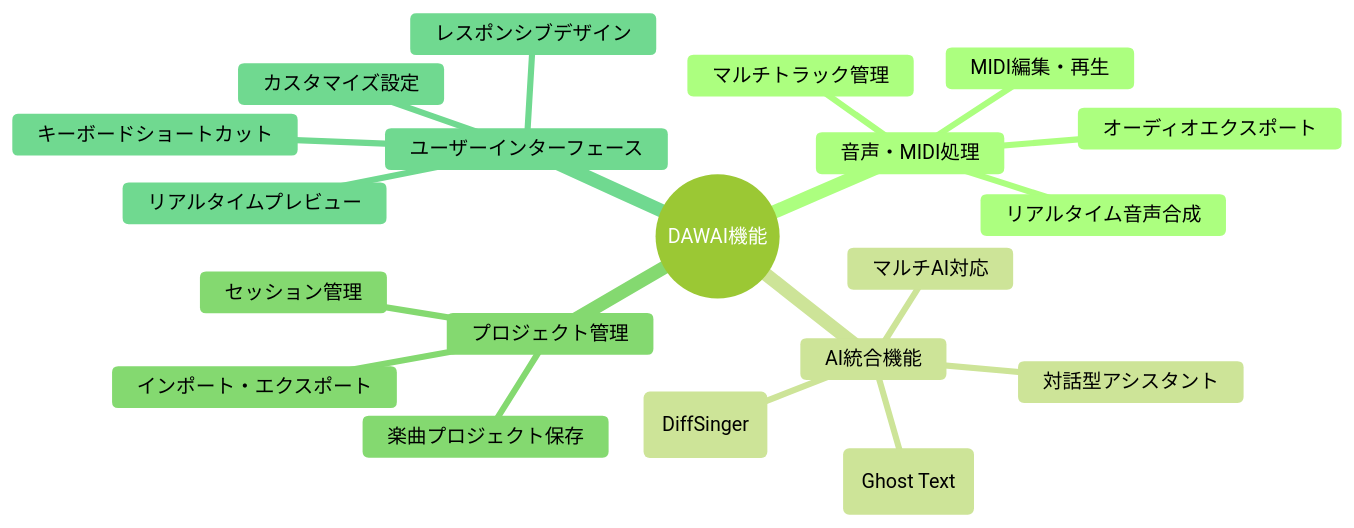
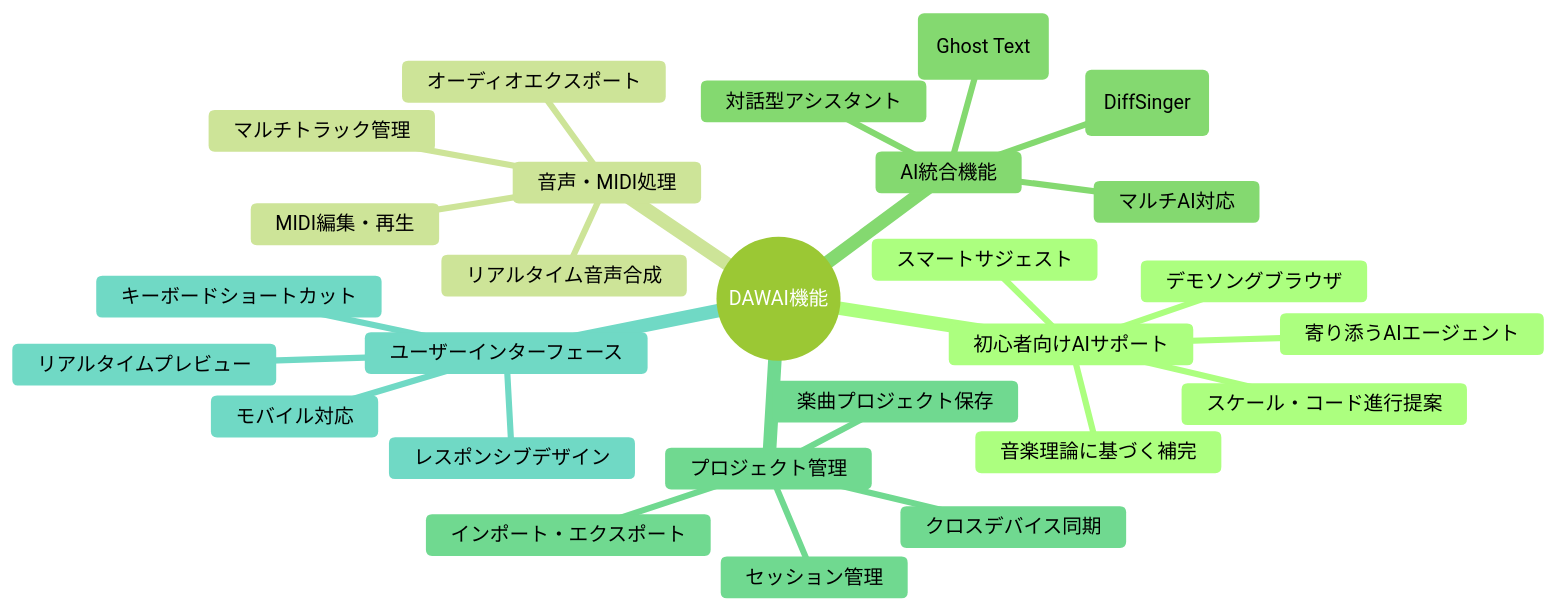
The diagram in specs/requirements/functional/L1_index.md (uni963/DAWAI_server), drawn with Mermaid (forest theme) before and after one commit. The commit also changed other lines of this file and 15 other files, not shown here.

````diff
--- a/specs/requirements/functional/L1_index.md
+++ b/specs/requirements/functional/L1_index.md
@@ -17,23 +21,30 @@
 ```mermaid
 mindmap
   root((DAWAI機能))
+    初心者向けAIサポート
+      音楽理論に基づく補完
+      スケール・コード進行提案
+      寄り添うAIエージェント
+      デモソングブラウザ
+      スマートサジェスト
     音声・MIDI処理
       リアルタイム音声合成
       MIDI編集・再生
       マルチトラック管理
       オーディオエクスポート
     AI統合機能
       対話型アシスタント
       歌声合成(DiffSinger)
       テキスト補完(Ghost Text)
       マルチAI対応
     プロジェクト管理
       楽曲プロジェクト保存
       セッション管理
       インポート・エクスポート
+      クロスデバイス同期
     ユーザーインターフェース
       レスポンシブデザイン
       リアルタイムプレビュー
       キーボードショートカット
-      カスタマイズ設定
+      モバイル対応
 ```
````
